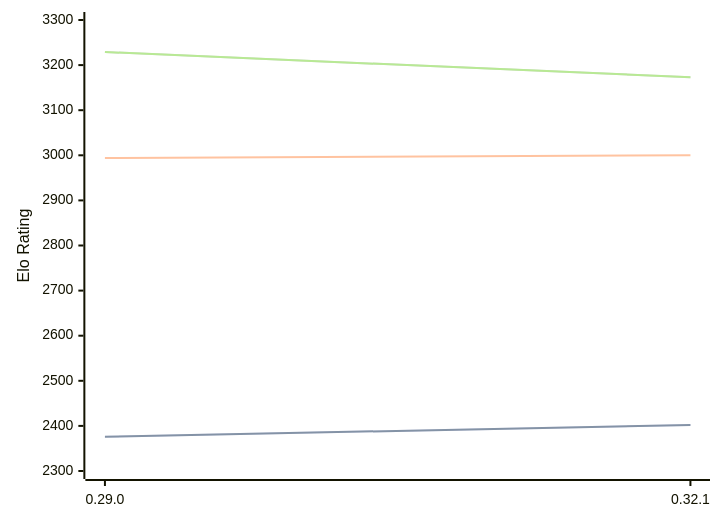
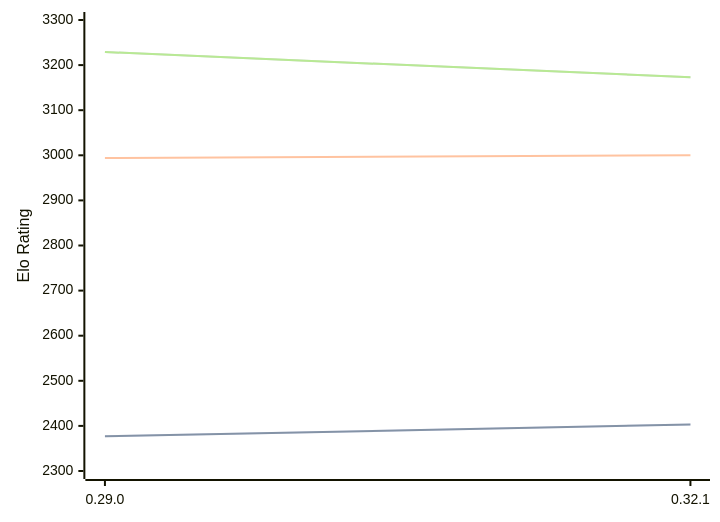
The diagram in engines/Lc0.md (computer-chess-index/cci), drawn with Mermaid before and after one commit. The commit also changed other lines of this file, not shown here.

````diff
--- a/engines/Lc0.md
+++ b/engines/Lc0.md
@@ -32,11 +32,11 @@
 ```mermaid
 %%{init: {"theme":"base","themeVariables":{"seriesColors:['#a3a3a3','#222221','#faa371']}}}%%
 xychart-beta
   x-axis ["0.29.0", "0.32.1"]
   y-axis "Elo Rating" 2300 --> 3300
-  line "" [2376, 2402]
-  line "STC (8.0+0.08s)" [2376, 2402]
+  line "" [2377, 2403]
+  line "STC (8.0+0.08s)" [2377, 2403]
   line "LTC (60.0+0.60s)" [2994, 3000]
   line "" [3229, 3173]
   line "VLTC (2m24s+1.12s)" [3229, 3173]
 ```
````
